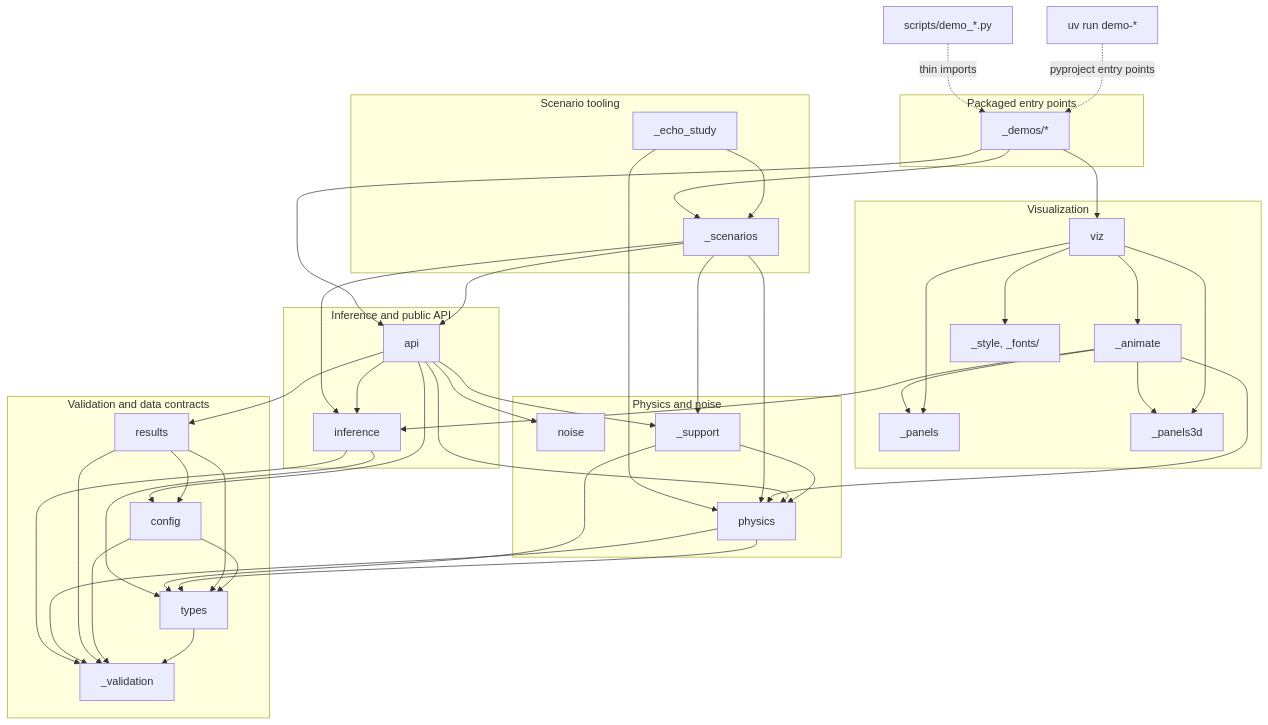
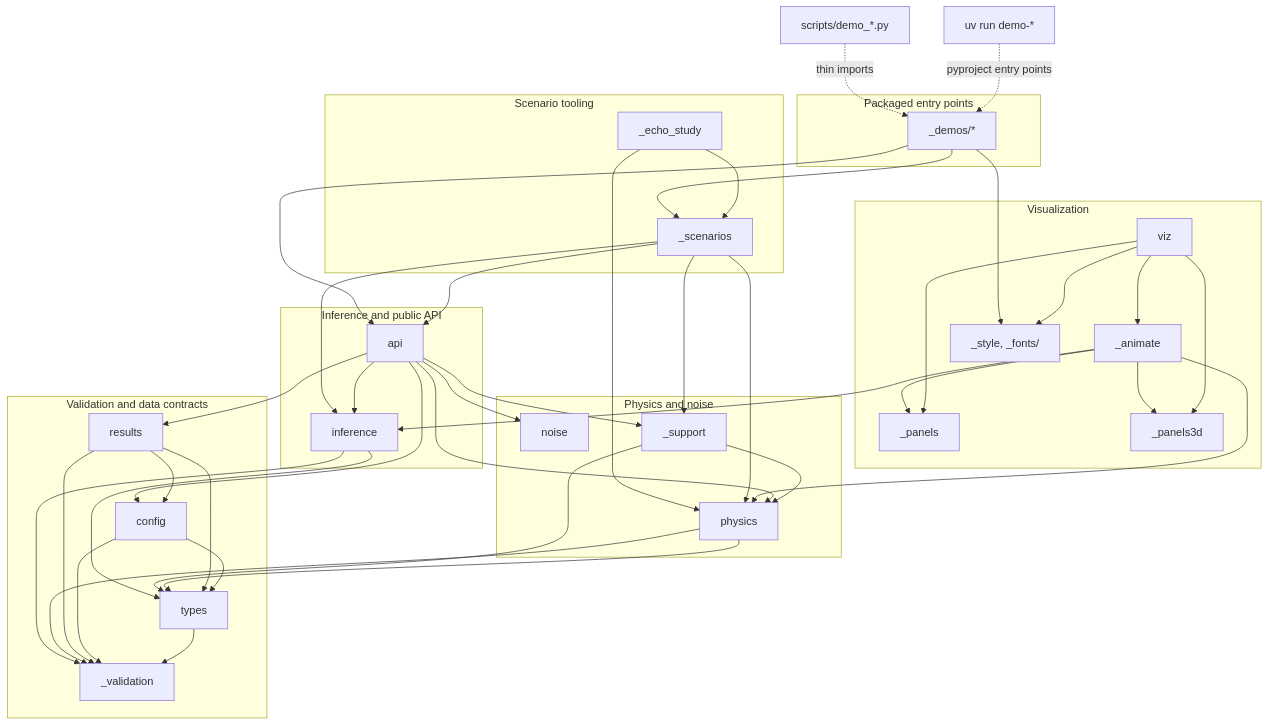
The diagram in site/reproduce/architecture.qmd (jbwhit/clocks), drawn with Mermaid before and after one commit. The commit also changed 15 other files, not shown here.

````diff
--- a/site/reproduce/architecture.qmd
+++ b/site/reproduce/architecture.qmd
@@ -10,72 +10,72 @@
 ```{mermaid}
 flowchart TB
     subgraph contracts["Validation and data contracts"]
         validation["_validation"]
         types
         config
         results
     end
     subgraph physnoise["Physics and noise"]
         physics
         noise
         support["_support"]
     end
     subgraph core["Inference and public API"]
         inference
         api
     end
     subgraph vis["Visualization"]
         viz
         animate["_animate"]
         panels["_panels"]
         panels3d["_panels3d"]
         figstyle["_style, _fonts/"]
     end
     subgraph scenarios["Scenario tooling"]
         scenario["_scenarios"]
         echo["_echo_study"]
     end
     subgraph entry["Packaged entry points"]
         demos["_demos/*"]
     end
     console["uv run demo-*"]
     wrappers["scripts/demo_*.py"]
 
     types --> validation
     config --> validation
     config --> types
     results --> validation
     results --> config
     results --> types
     physics --> validation
     physics --> types
     support --> physics
     support --> types
     inference --> validation
     inference --> types
     api --> support
     api --> config
     api --> inference
     api --> noise
     api --> physics
     api --> results
     viz --> animate
     viz --> panels
     viz --> panels3d
     viz --> figstyle
     animate --> inference
     animate --> physics
     animate --> panels
     animate --> panels3d
     scenario --> support
     scenario --> api
     scenario --> inference
     scenario --> physics
     echo --> scenario
     echo --> physics
     demos --> api
     demos --> scenario
-    demos --> viz
+    demos --> figstyle
     console -. "pyproject entry points" .-> demos
     wrappers -. "thin imports" .-> demos
 ```
````
